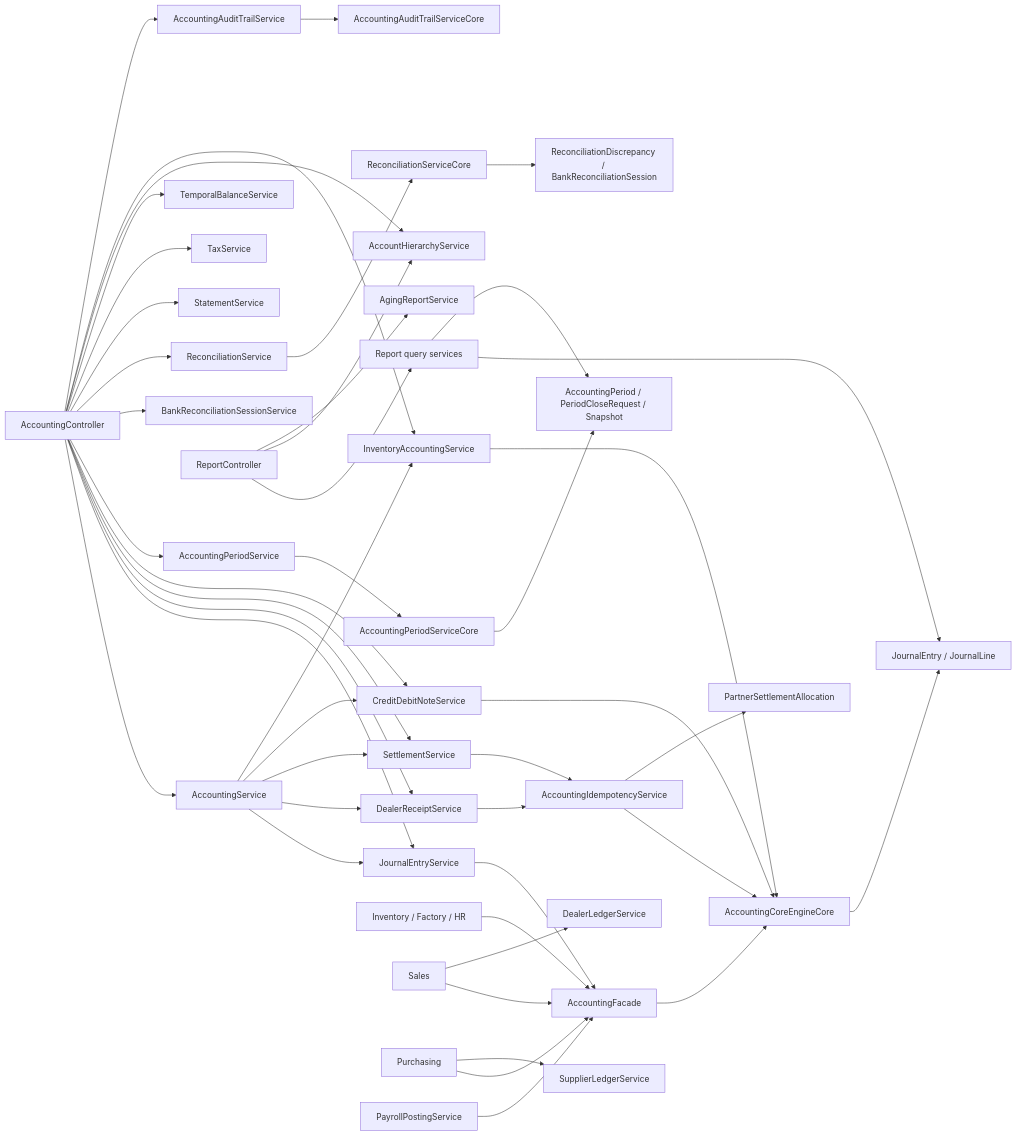
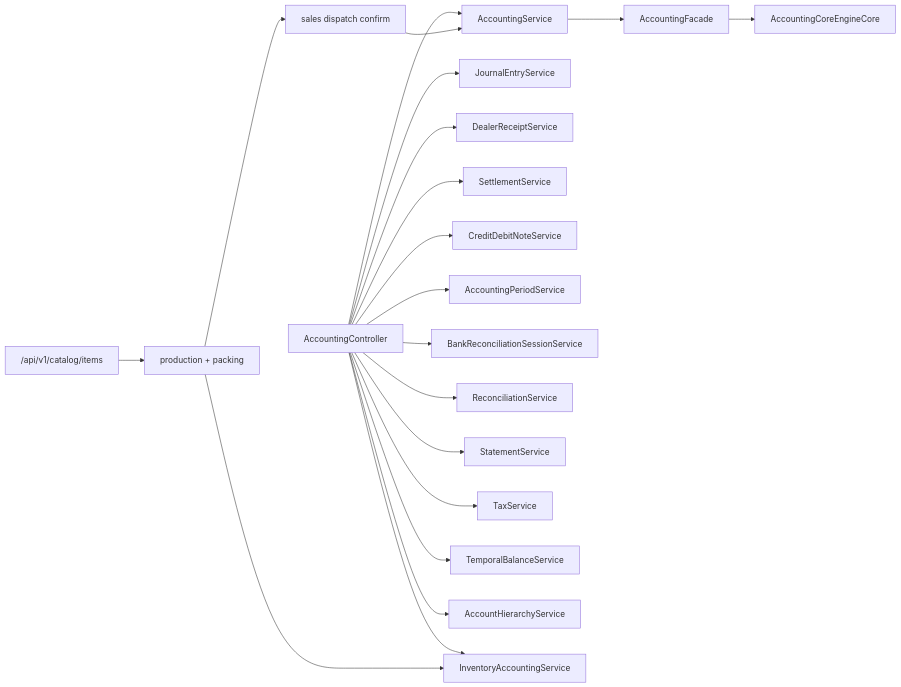
The diagram in docs/developer/accounting-flows/00-accounting-module-map.md (evilfps/bigbrightpaints-erp), drawn with Mermaid before and after one commit. The commit also changed other lines of this file and 13 other files, not shown here.

Commit message:
docs(factory): align developer packets with canonical item flow

````diff
--- a/docs/developer/accounting-flows/00-accounting-module-map.md
+++ b/docs/developer/accounting-flows/00-accounting-module-map.md
@@ -12,52 +7,23 @@
 ```mermaid
 flowchart LR
     AC["AccountingController"] --> AS["AccountingService"]
     AC --> JES["JournalEntryService"]
     AC --> DRS["DealerReceiptService"]
     AC --> SS["SettlementService"]
     AC --> CDN["CreditDebitNoteService"]
     AC --> APS["AccountingPeriodService"]
     AC --> BRS["BankReconciliationSessionService"]
     AC --> RS["ReconciliationService"]
     AC --> STS["StatementService"]
     AC --> TS["TaxService"]
     AC --> TBS["TemporalBalanceService"]
     AC --> AHS["AccountHierarchyService"]
     AC --> IAS["InventoryAccountingService"]
-    AC --> AATS["AccountingAuditTrailService"]
 
-    RC["ReportController"] --> RQS["Report query services"]
-    RC --> AHS
-    RC --> ARS["AgingReportService"]
-
-    DRS --> AIS["AccountingIdempotencyService"]
-    SS --> AIS
-    JES --> AFS["AccountingFacade"]
-    AS --> JES
-    AS --> DRS
-    AS --> SS
-    AS --> CDN
-    AS --> IAS
+    SETUP["/api/v1/catalog/items"] --> FACT["production + packing"]
+    FACT --> SALES["sales dispatch confirm"]
+    FACT --> IAS
+    SALES --> AS
+    AS --> AFS["AccountingFacade"]
     AFS --> ACE["AccountingCoreEngineCore"]
-    AIS --> ACE
-    IAS --> ACE
-    CDN --> ACE
-
-    APS --> APC["AccountingPeriodServiceCore"]
-    RS --> RSC["ReconciliationServiceCore"]
-    AATS --> ATC["AccountingAuditTrailServiceCore"]
-
-    ACE --> JL["JournalEntry / JournalLine"]
-    APC --> AP["AccountingPeriod / PeriodCloseRequest / Snapshot"]
-    RSC --> RD["ReconciliationDiscrepancy / BankReconciliationSession"]
-    AIS --> PSA["PartnerSettlementAllocation"]
-    RQS --> JL
-    RQS --> AP
-
-    INV["Inventory / Factory / HR"] --> AFS
-    SALES["Sales"] --> AFS
-    SALES --> DLS["DealerLedgerService"]
-    PUR["Purchasing"] --> AFS
-    PUR --> SLS["SupplierLedgerService"]
-    HR["PayrollPostingService"] --> AFS
 ```
````
